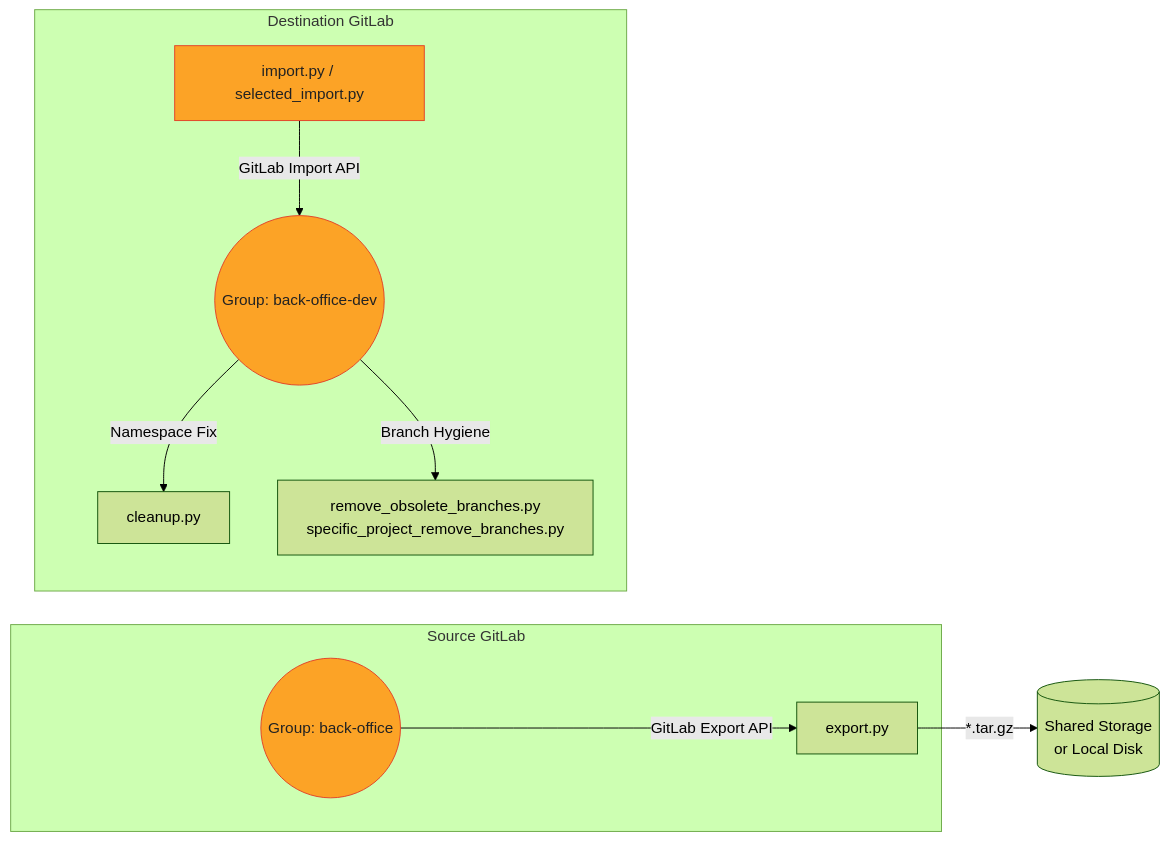
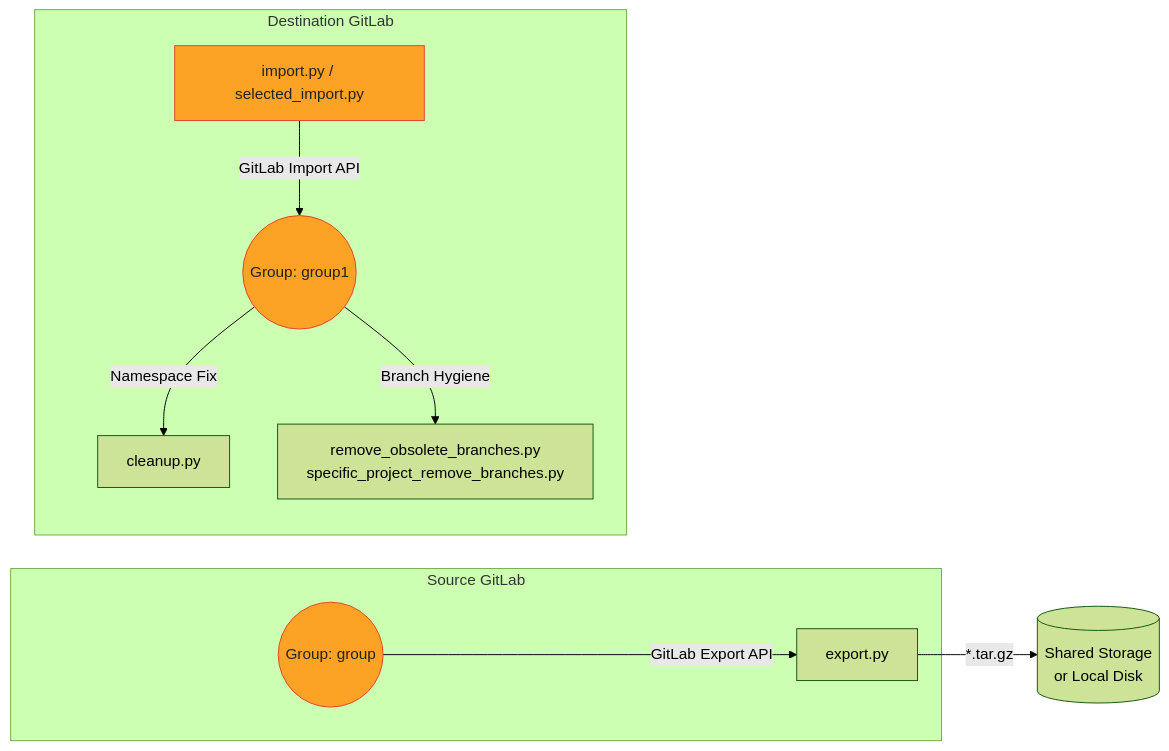
The diagram in README.md (SubhanshuMG/gitlab-import-export), drawn with Mermaid (forest theme) before and after one commit. The commit also changed other lines of this file, not shown here.

````diff
--- a/README.md
+++ b/README.md
@@ -35,17 +34,17 @@
 ```mermaid
 flowchart LR
     subgraph "Source GitLab"
-        A((Group: back-office)) -->|GitLab Export API| B[export.py]
+        A((Group: group)) -->|GitLab Export API| B[export.py]
     end
 
     B -->|*.tar.gz| Store[(Shared Storage<br/>or Local Disk)]
 
     subgraph "Destination GitLab"
-        C[import.py / selected_import.py] -->|GitLab Import API| D((Group: back-office-dev))
+        C[import.py / selected_import.py] -->|GitLab Import API| D((Group: group1))
         D -->|Namespace Fix| cleanup[cleanup.py]
         D -->|Branch Hygiene| branchOps[remove_obsolete_branches.py<br/>specific_project_remove_branches.py]
     end
 
     classDef gitlab fill:#FCA326,color:#222,stroke:#E24329
     class A,C,D gitlab
 ```
````
